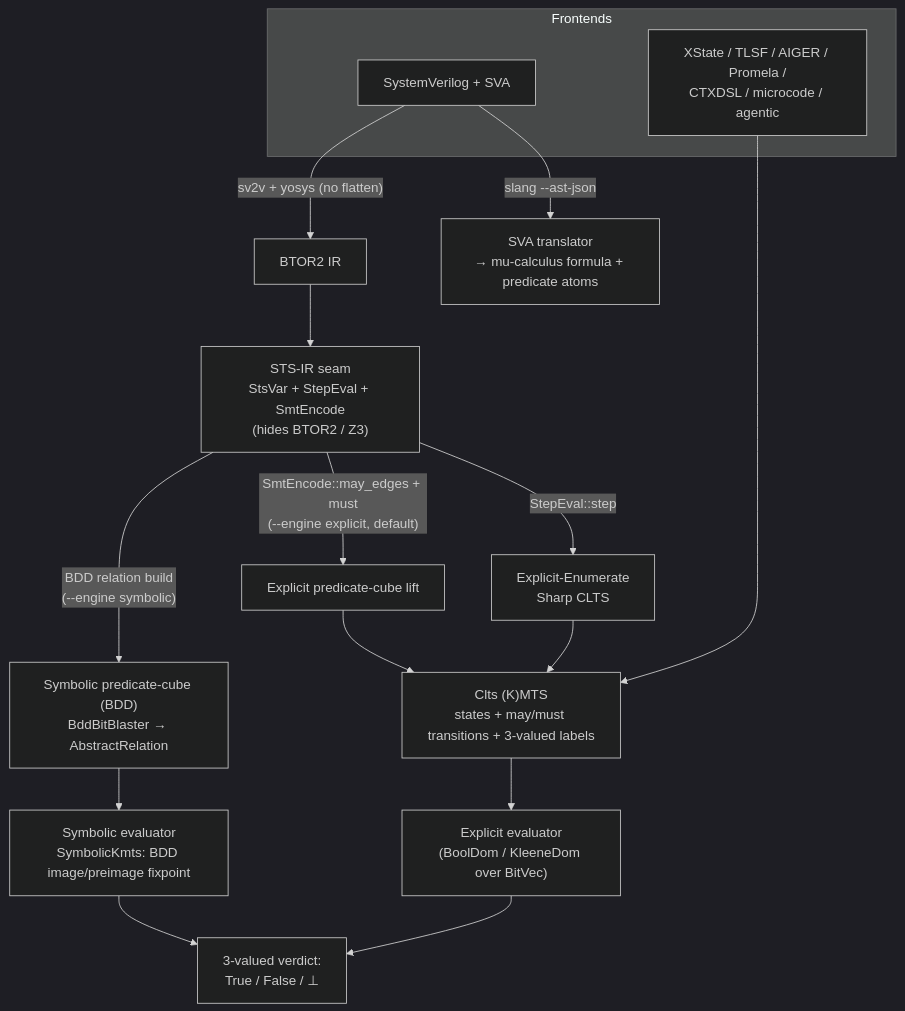
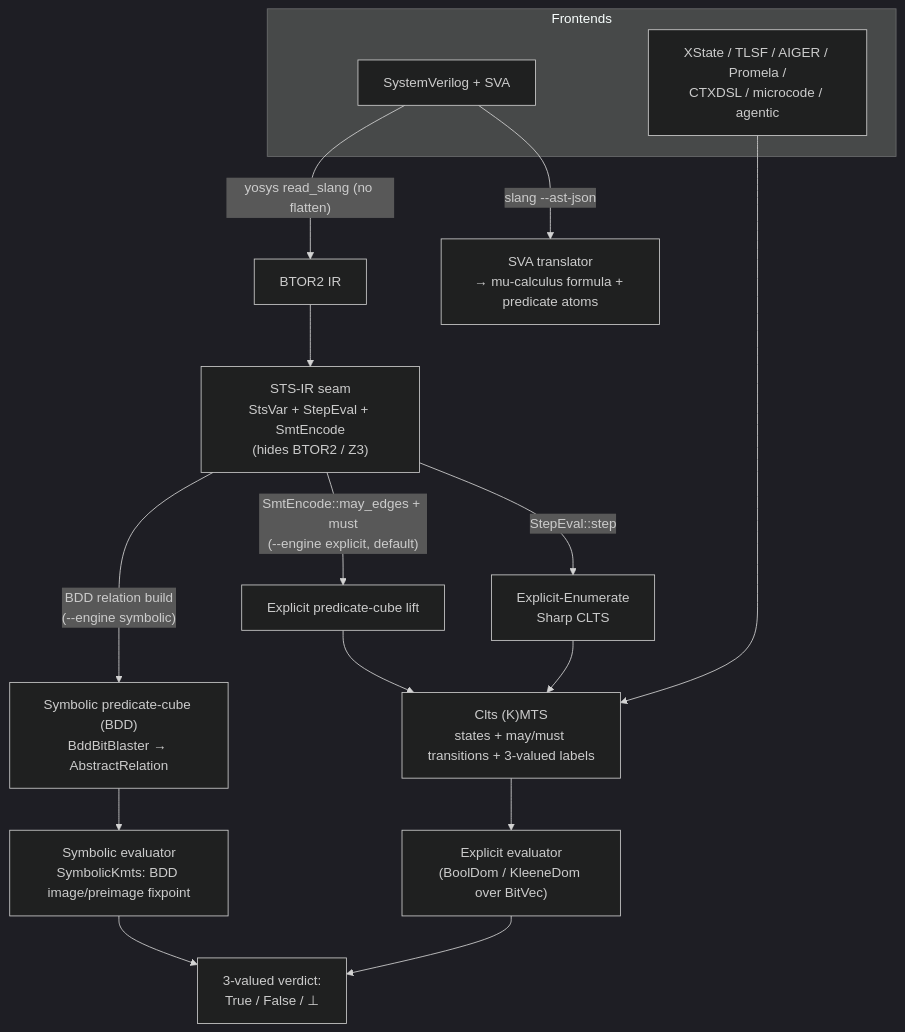
Before and after one commit to Mumunu-team/mununu: the first of 2 diagrams in README.md, drawn with Mermaid (dark theme). The commit also changed other lines of this file and 107 other files, not shown here.

````diff
--- a/README.md
+++ b/README.md
@@ -155,26 +155,26 @@
 ```mermaid
 flowchart TD
   subgraph FE["Frontends"]
     SV["SystemVerilog + SVA"]
     OTH["XState / TLSF / AIGER / Promela /<br/>CTXDSL / microcode / agentic"]
   end
 
   SV -->|"slang --ast-json"| TR["SVA translator<br/>→ mu-calculus formula + predicate atoms"]
-  SV -->|"sv2v + yosys (no flatten)"| B2["BTOR2 IR"]
+  SV -->|"yosys read_slang (no flatten)"| B2["BTOR2 IR"]
 
   B2 --> STS["STS-IR seam<br/>StsVar + StepEval + SmtEncode<br/>(hides BTOR2 / Z3)"]
 
   STS -->|"StepEval::step"| ENUM["Explicit-Enumerate<br/>Sharp CLTS"]
   STS -->|"SmtEncode::may_edges + must<br/>(--engine explicit, default)"| CUBE["Explicit predicate-cube lift"]
   STS -->|"BDD relation build<br/>(--engine symbolic)"| SYM["Symbolic predicate-cube (BDD)<br/>BddBitBlaster → AbstractRelation"]
 
   ENUM --> CLTS["Clts (K)MTS<br/>states + may/must transitions + 3-valued labels"]
   CUBE --> CLTS
   OTH --> CLTS
 
   CLTS --> EVX["Explicit evaluator<br/>(BoolDom / KleeneDom over BitVec)"]
   SYM --> EVS["Symbolic evaluator<br/>SymbolicKmts: BDD image/preimage fixpoint"]
 
   EVX --> V["3-valued verdict:<br/>True / False / ⊥"]
   EVS --> V
 ```
````
